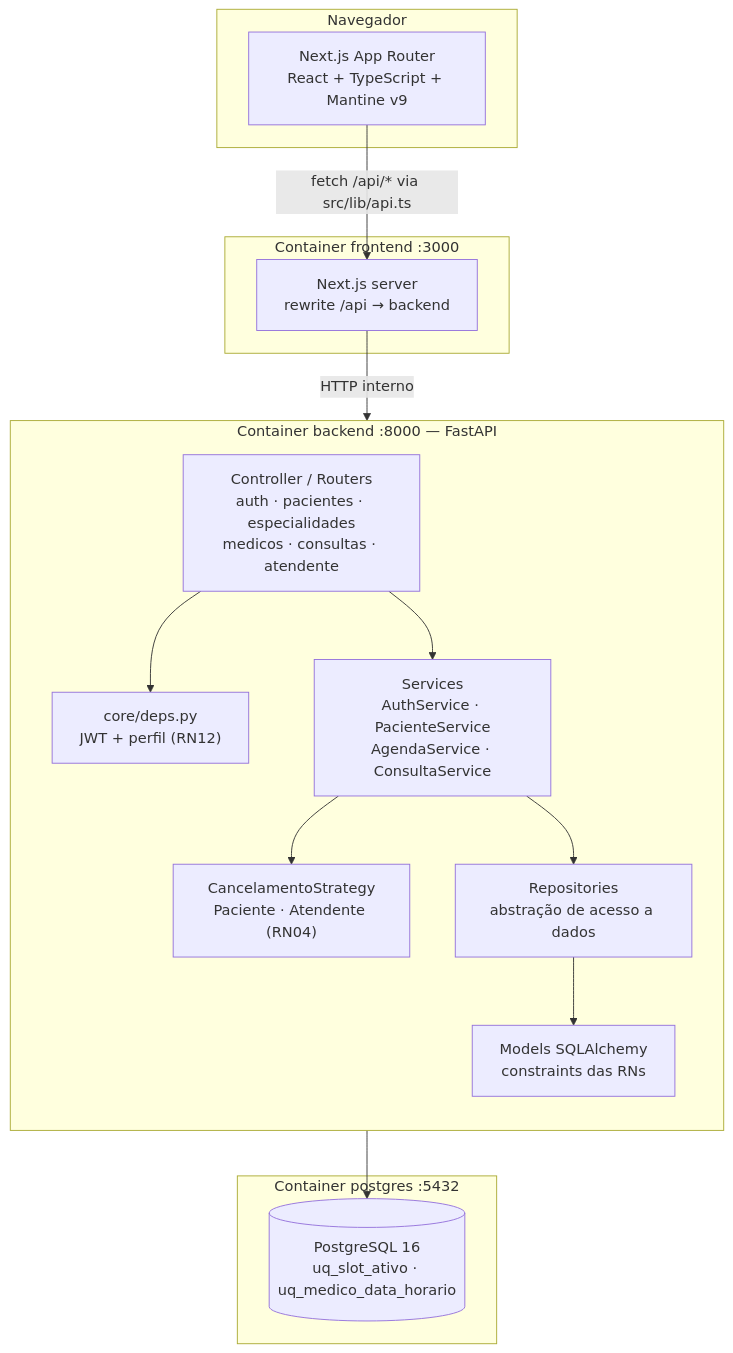
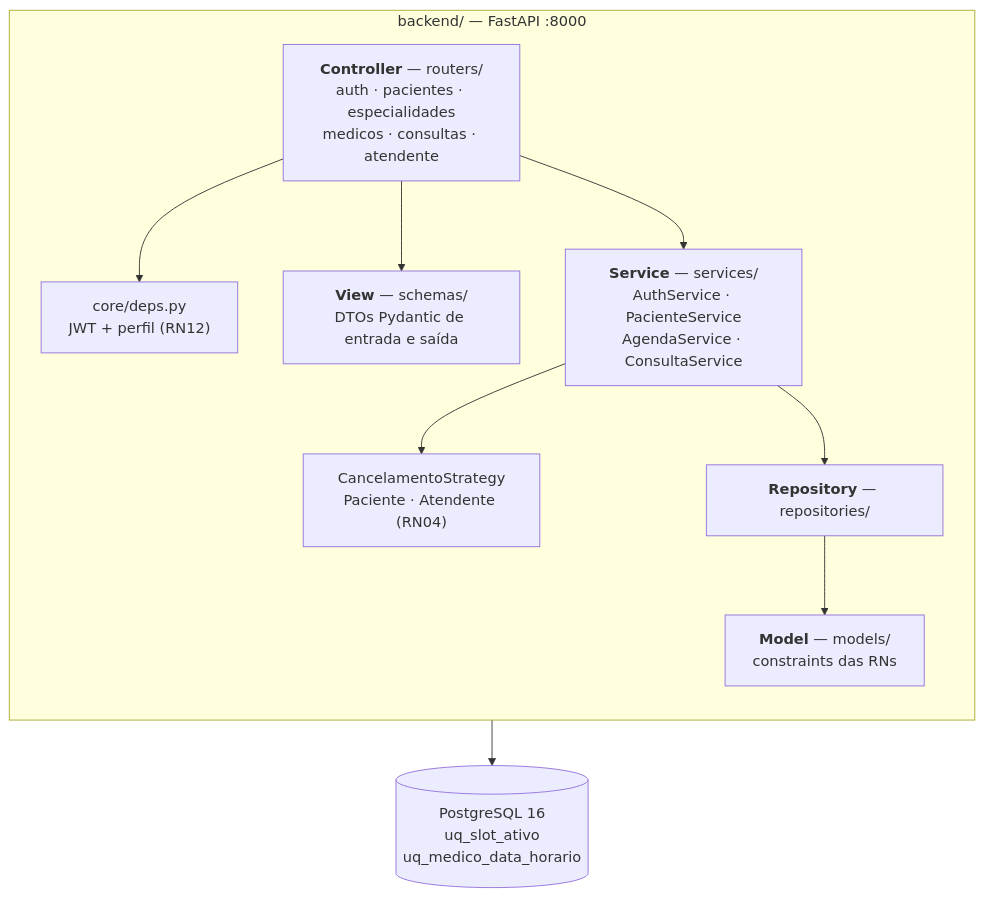
One commit to jacksoncassemiro/av2-grupo-1-engenharia-software-moderna-oxetech-academy changed the second of 2 diagrams in docs/03-arquitetura.md. Above: the diagram before and after it, drawn with Mermaid. The commit also changed other lines of this file and 78 other files, not shown here.

````diff
--- a/docs/03-arquitetura.md
+++ b/docs/03-arquitetura.md
@@ -44,33 +123,22 @@
 ```mermaid
 graph TB
-    subgraph browser["Navegador"]
-        UI["Next.js App Router<br/>React + TypeScript + Mantine v9"]
+    subgraph back["backend/ — FastAPI :8000"]
+        direction TB
+        CTRL["<b>Controller</b> — routers/<br/>auth · pacientes · especialidades<br/>medicos · consultas · atendente"]
+        VIEW["<b>View</b> — schemas/<br/>DTOs Pydantic de entrada e saída"]
+        DEPS["core/deps.py<br/>JWT + perfil (RN12)"]
+        SVC["<b>Service</b> — services/<br/>AuthService · PacienteService<br/>AgendaService · ConsultaService"]
+        STRAT["CancelamentoStrategy<br/>Paciente · Atendente (RN04)"]
+        REPO["<b>Repository</b> — repositories/"]
+        MODEL["<b>Model</b> — models/<br/>constraints das RNs"]
     end
+    PG[("PostgreSQL 16<br/>uq_slot_ativo<br/>uq_medico_data_horario")]
 
-    subgraph front["Container frontend :3000"]
-        NEXT["Next.js server<br/>rewrite /api → backend"]
-    end
-
-    subgraph back["Container backend :8000 — FastAPI"]
-        direction TB
-        CTRL["Controller / Routers<br/>auth · pacientes · especialidades<br/>medicos · consultas · atendente"]
-        DEPS["core/deps.py<br/>JWT + perfil (RN12)"]
-        SVC["Services<br/>AuthService · PacienteService<br/>AgendaService · ConsultaService"]
-        STRAT["CancelamentoStrategy<br/>Paciente · Atendente (RN04)"]
-        REPO["Repositories<br/>abstração de acesso a dados"]
-        MODEL["Models SQLAlchemy<br/>constraints das RNs"]
-    end
-
-    subgraph db["Container postgres :5432"]
-        PG[("PostgreSQL 16<br/>uq_slot_ativo · uq_medico_data_horario")]
-    end
-
-    UI -->|"fetch /api/* via src/lib/api.ts"| NEXT
-    NEXT -->|"HTTP interno"| CTRL
     CTRL --> DEPS
+    CTRL --> VIEW
     CTRL --> SVC
     SVC --> STRAT
     SVC --> REPO
     REPO --> MODEL
     MODEL --> PG
 ```
````
